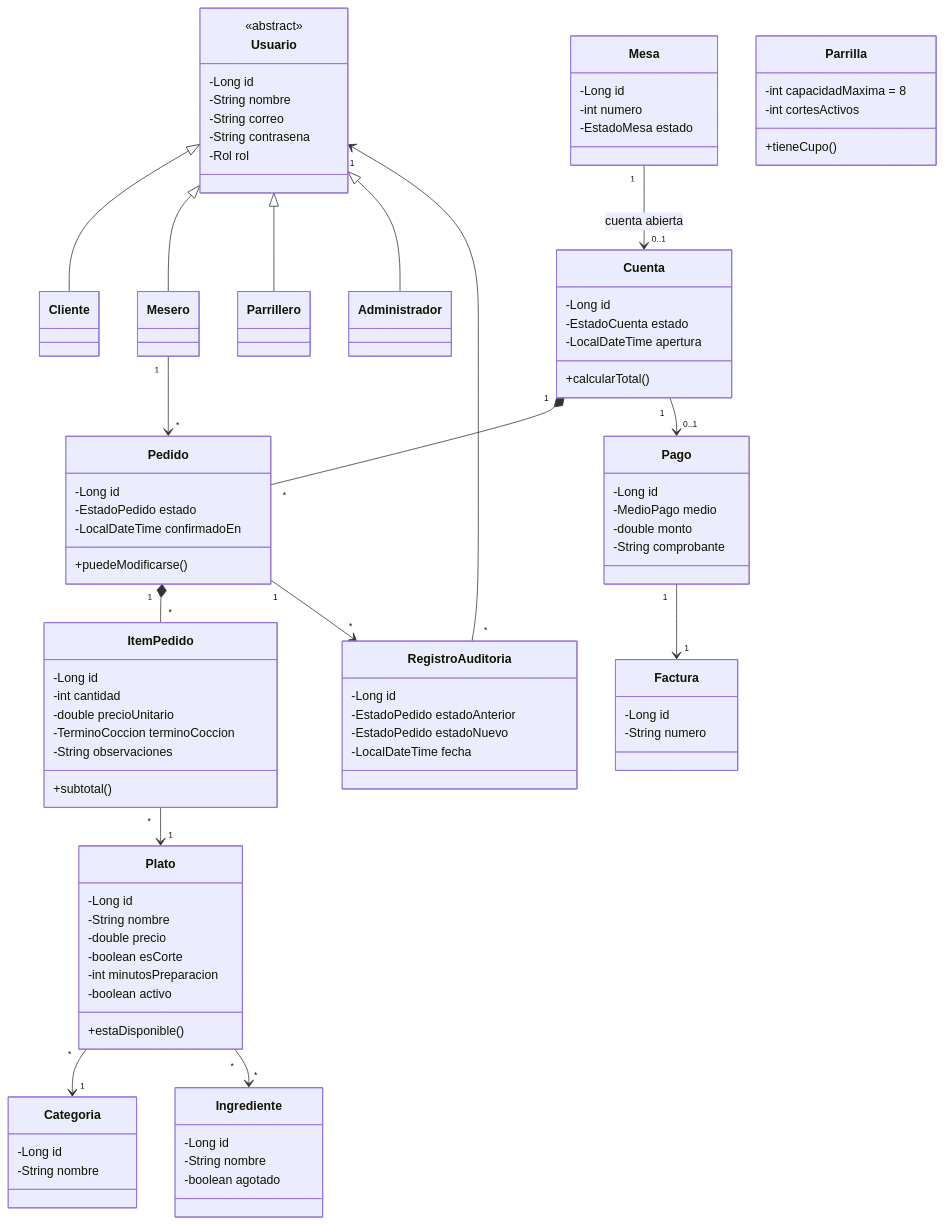
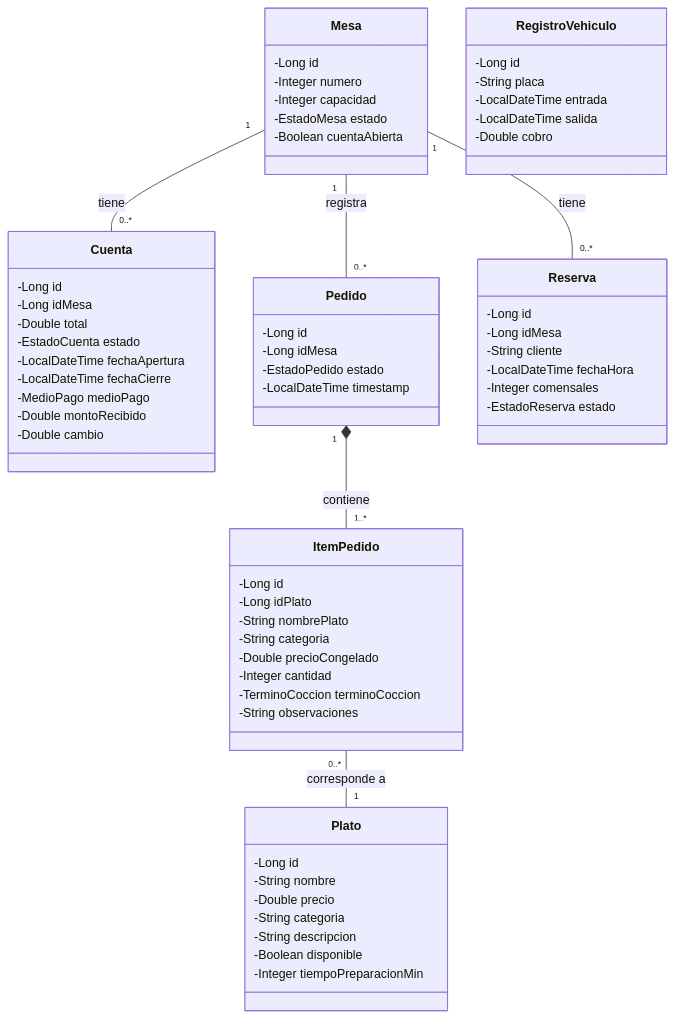
The first of 2 diagrams in README.md (JulianMorales2003/Bitacora_Corte2_JulianMorales), drawn with Mermaid before and after one commit.

Commit message:
Revise class diagram and add new classes
Updated class diagram to reflect changes in attributes and added new classes.

````diff
--- a/README.md
+++ b/README.md
@@ -68,92 +68,69 @@
 ```mermaid
 classDiagram
-    class Usuario {
-        <<abstract>>
-        -Long id
-        -String nombre
-        -String correo
-        -String contrasena
-        -Rol rol
-    }
-    Usuario <|-- Cliente
-    Usuario <|-- Mesero
-    Usuario <|-- Parrillero
-    Usuario <|-- Administrador
-
+    direction TB
+ 
     class Mesa {
         -Long id
-        -int numero
+        -Integer numero
+        -Integer capacidad
         -EstadoMesa estado
+        -Boolean cuentaAbierta
     }
     class Cuenta {
         -Long id
+        -Long idMesa
+        -Double total
         -EstadoCuenta estado
-        -LocalDateTime apertura
-        +calcularTotal()
+        -LocalDateTime fechaApertura
+        -LocalDateTime fechaCierre
+        -MedioPago medioPago
+        -Double montoRecibido
+        -Double cambio
     }
     class Pedido {
         -Long id
+        -Long idMesa
         -EstadoPedido estado
-        -LocalDateTime confirmadoEn
-        +puedeModificarse()
+        -LocalDateTime timestamp
+    }
+    class Reserva {
+        -Long id
+        -Long idMesa
+        -String cliente
+        -LocalDateTime fechaHora
+        -Integer comensales
+        -EstadoReserva estado
     }
     class ItemPedido {
         -Long id
-        -int cantidad
-        -double precioUnitario
+        -Long idPlato
+        -String nombrePlato
+        -String categoria
+        -Double precioCongelado
+        -Integer cantidad
         -TerminoCoccion terminoCoccion
         -String observaciones
-        +subtotal()
     }
     class Plato {
         -Long id
         -String nombre
-        -double precio
-        -boolean esCorte
-        -int minutosPreparacion
-        -boolean activo
-        +estaDisponible()
+        -Double precio
+        -String categoria
+        -String descripcion
+        -Boolean disponible
+        -Integer tiempoPreparacionMin
     }
-    class Categoria {
+    class RegistroVehiculo {
         -Long id
-        -String nombre
+        -String placa
+        -LocalDateTime entrada
+        -LocalDateTime salida
+        -Double cobro
     }
-    class Ingrediente {
-        -Long id
-        -String nombre
-        -boolean agotado
-    }
-    class Parrilla {
-        -int capacidadMaxima = 8
-        -int cortesActivos
-        +tieneCupo()
-    }
-    class Pago {
-        -Long id
-        -MedioPago medio
-        -double monto
-        -String comprobante
-    }
-    class Factura {
-        -Long id
-        -String numero
-    }
-    class RegistroAuditoria {
-        -Long id
-        -EstadoPedido estadoAnterior
-        -EstadoPedido estadoNuevo
-        -LocalDateTime fecha
-    }
-
-    Mesa "1" --> "0..1" Cuenta : cuenta abierta
-    Cuenta "1" *-- "*" Pedido
-    Pedido "1" *-- "*" ItemPedido
-    ItemPedido "*" --> "1" Plato
-    Plato "*" --> "1" Categoria
-    Plato "*" --> "*" Ingrediente
-    Cuenta "1" --> "0..1" Pago
-    Pago "1" --> "1" Factura
-    Pedido "1" --> "*" RegistroAuditoria
-    RegistroAuditoria "*" --> "1" Usuario
-    Mesero "1" --> "*" Pedido
+ 
+    Mesa "1" -- "0..*" Cuenta : tiene
+    Mesa "1" -- "0..*" Pedido : registra
+    Mesa "1" -- "0..*" Reserva : tiene
+    Pedido "1" *-- "1..*" ItemPedido : contiene
+    ItemPedido "0..*" -- "1" Plato : corresponde a
 ```
````
